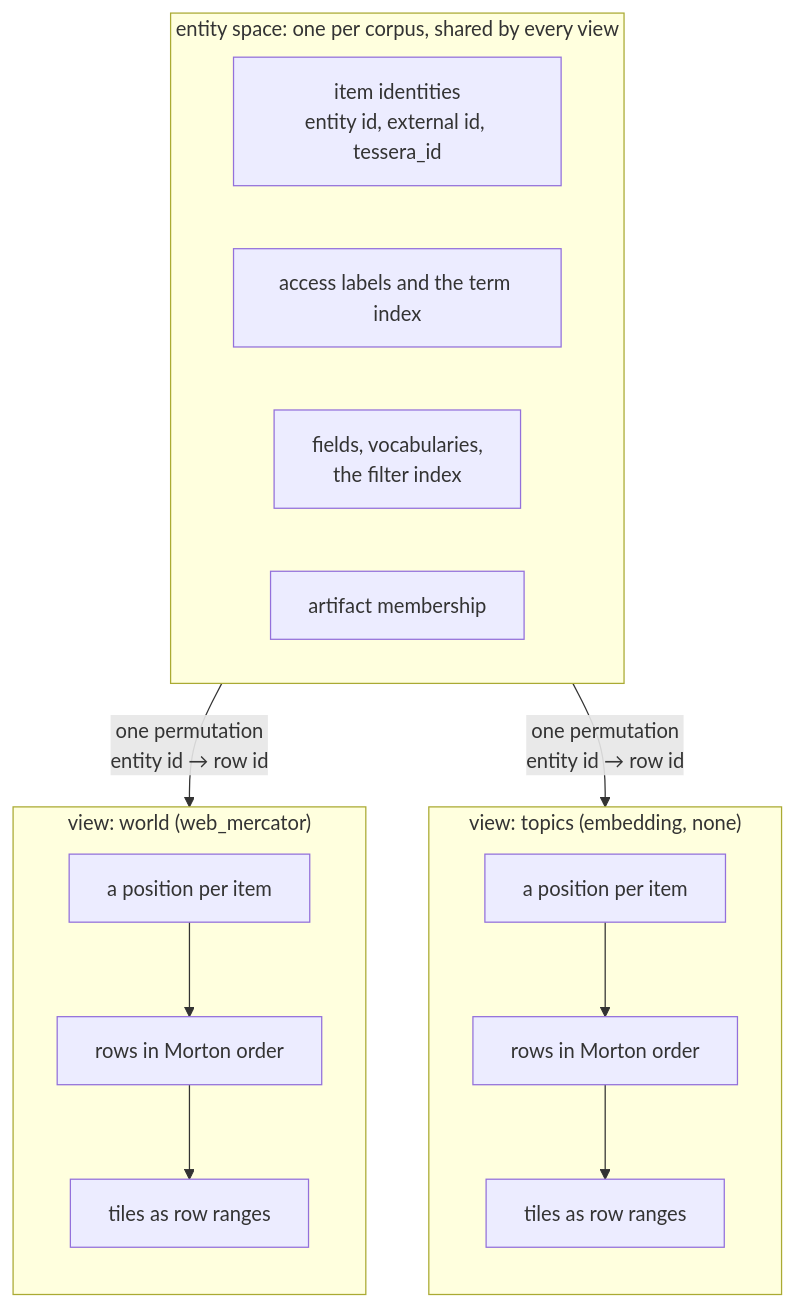
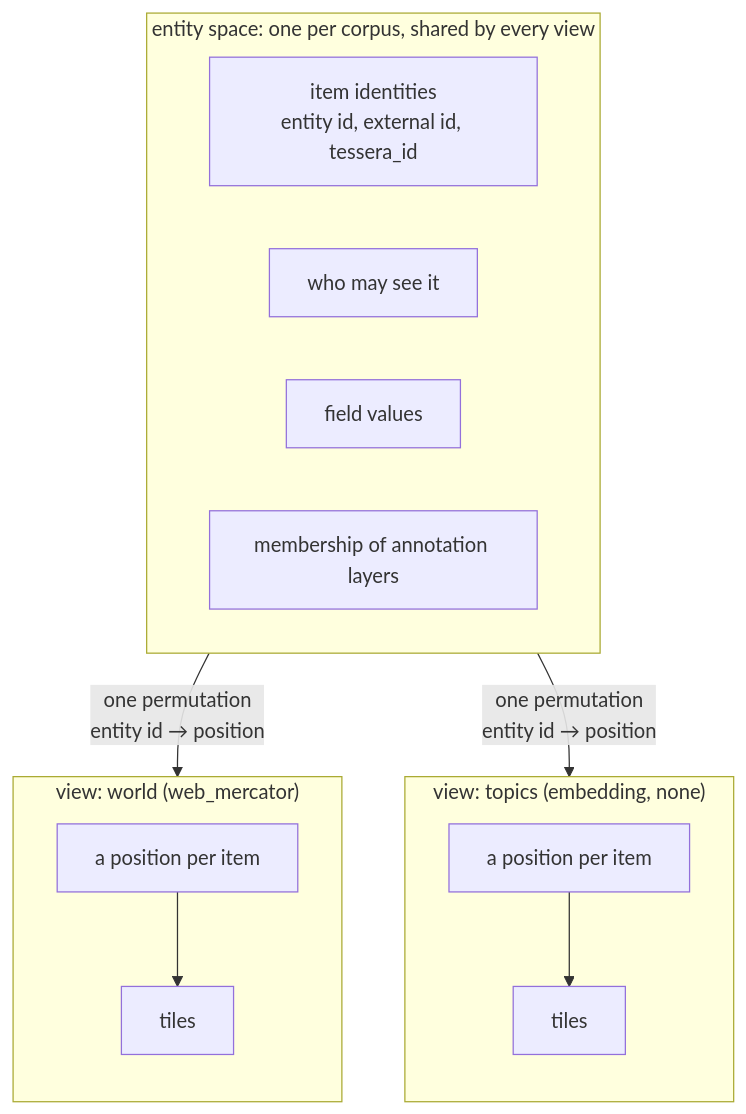
The first of 2 diagrams in docs/system/data-model.md (jennis0/tesseradb), drawn with Mermaid before and after one commit. The commit also changed other lines of this file, not shown here.

````diff
--- a/docs/system/data-model.md
+++ b/docs/system/data-model.md
@@ -46,22 +25,22 @@
 ```mermaid
 flowchart TB
   subgraph entity["entity space: one per corpus, shared by every view"]
     direction LR
     ids["item identities<br/>entity id, external id, tessera_id"]
-    terms["access labels and the term index"]
-    fields["fields, vocabularies,<br/>the filter index"]
-    members["artifact membership"]
+    terms["who may see it"]
+    fields["field values"]
+    members["membership of annotation layers"]
   end
 
   subgraph v1["view: world (web_mercator)"]
     direction TB
-    p1["a position per item"] --> m1["rows in Morton order"] --> t1["tiles as row ranges"]
+    p1["a position per item"] --> t1["tiles"]
   end
   subgraph v2["view: topics (embedding, none)"]
     direction TB
-    p2["a position per item"] --> m2["rows in Morton order"] --> t2["tiles as row ranges"]
+    p2["a position per item"] --> t2["tiles"]
   end
 
-  entity -- "one permutation<br/>entity id → row id" --> v1
-  entity -- "one permutation<br/>entity id → row id" --> v2
+  entity -- "one permutation<br/>entity id → position" --> v1
+  entity -- "one permutation<br/>entity id → position" --> v2
 ```
````
